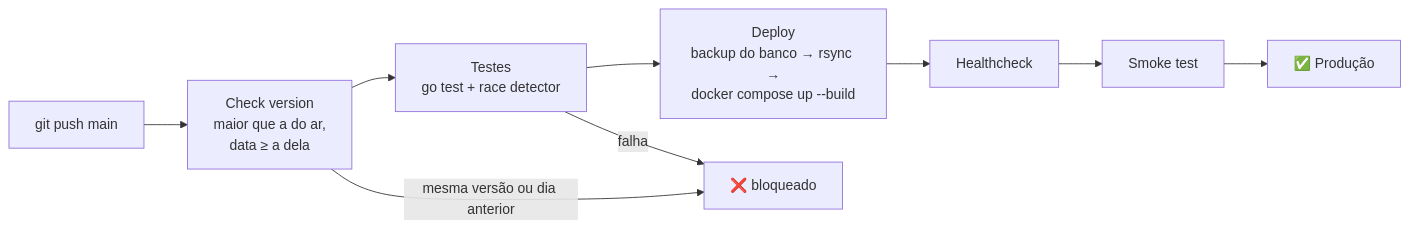
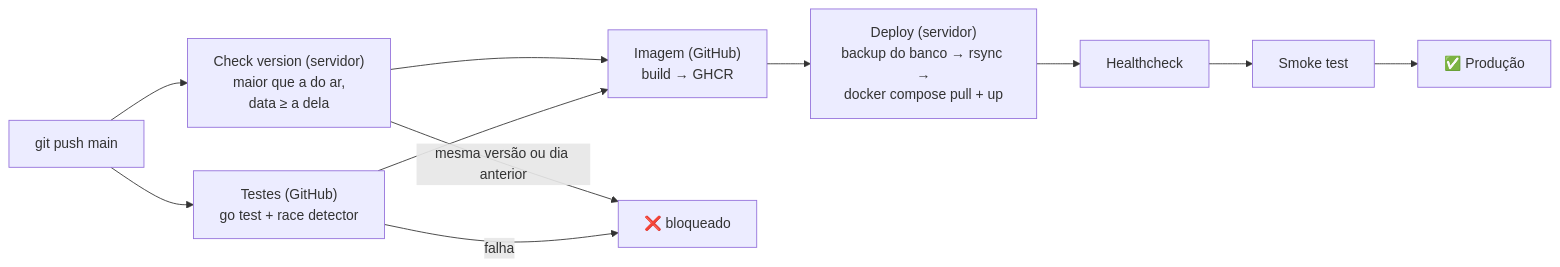
Before and after one commit to ZeroPirata/jubilant-fishstick: the fourth of 4 diagrams in README.md, drawn with Mermaid. The commit also changed other lines of this file and 24 other files, not shown here.

First line of the commit message:
feat: palavras-chave ATS, alertas de vagas novas e deploy sem build no servidor (0.3.0)

````diff
--- a/README.md
+++ b/README.md
@@ -230,9 +233,11 @@
 ```mermaid
 flowchart LR
-    Push["git push main"] --> Version["Check version<br/>maior que a do ar,<br/>data ≥ a dela"]
-    Version --> Test["Testes<br/>go test + race detector"]
-    Test --> Deploy["Deploy<br/>backup do banco → rsync →<br/>docker compose up --build"]
+    Push["git push main"] --> Version["Check version (servidor)<br/>maior que a do ar,<br/>data ≥ a dela"]
+    Push --> Test["Testes (GitHub)<br/>go test + race detector"]
+    Version --> Image["Imagem (GitHub)<br/>build → GHCR"]
+    Test --> Image
+    Image --> Deploy["Deploy (servidor)<br/>backup do banco → rsync →<br/>docker compose pull + up"]
     Deploy --> Health["Healthcheck"] --> Smoke["Smoke test"] --> Done["✅ Produção"]
     Version -- "mesma versão ou dia anterior" --> Abort["❌ bloqueado"]
     Test -- "falha" --> Abort
 ```
````
